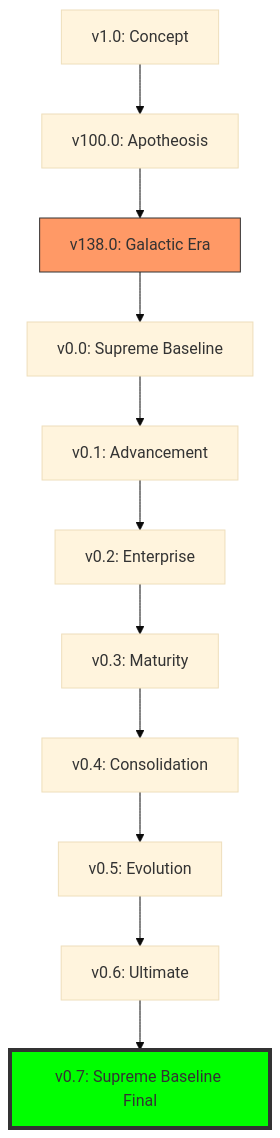
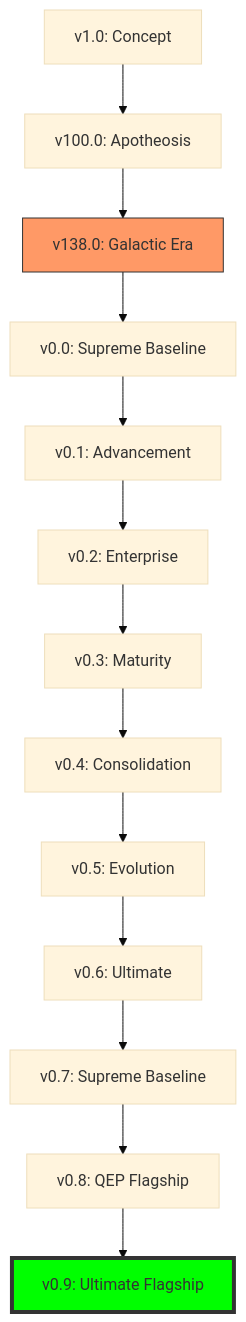
One commit to Rehan719/Workstation changed the diagram in VERSION_LINEAGE_FINAL_v0.md. Above: the diagram before and after it, drawn with Mermaid (base theme). The commit also changed other lines of this file and 38 other files, not shown here.

First line of the commit message:
feat(v0.9): Ultimate flagship – QEP Religion Domain, Windows onboarding & definitive consolidation

````diff
--- a/VERSION_LINEAGE_FINAL_v0.md
+++ b/VERSION_LINEAGE_FINAL_v0.md
@@ -25,16 +27,18 @@
 ```mermaid
 graph TD
     v1.0[v1.0: Concept] --> v100.0[v100.0: Apotheosis]
     v100.0 --> v138.0[v138.0: Galactic Era]
     v138.0 --> v0.0[v0.0: Supreme Baseline]
     v0.0 --> v0.1[v0.1: Advancement]
     v0.1 --> v0.2[v0.2: Enterprise]
     v0.2 --> v0.3[v0.3: Maturity]
     v0.3 --> v0.4[v0.4: Consolidation]
     v0.4 --> v0.5[v0.5: Evolution]
     v0.5 --> v0.6[v0.6: Ultimate]
-    v0.6 --> v0.7[v0.7: Supreme Baseline Final]
+    v0.6 --> v0.7[v0.7: Supreme Baseline]
+    v0.7 --> v0.8[v0.8: QEP Flagship]
+    v0.8 --> v0.9[v0.9: Ultimate Flagship]
 
-    style v0.7 fill:#00ff00,stroke:#333,stroke-width:4px
+    style v0.9 fill:#00ff00,stroke:#333,stroke-width:4px
     style v138.0 fill:#f96,stroke:#333
 ```
````
